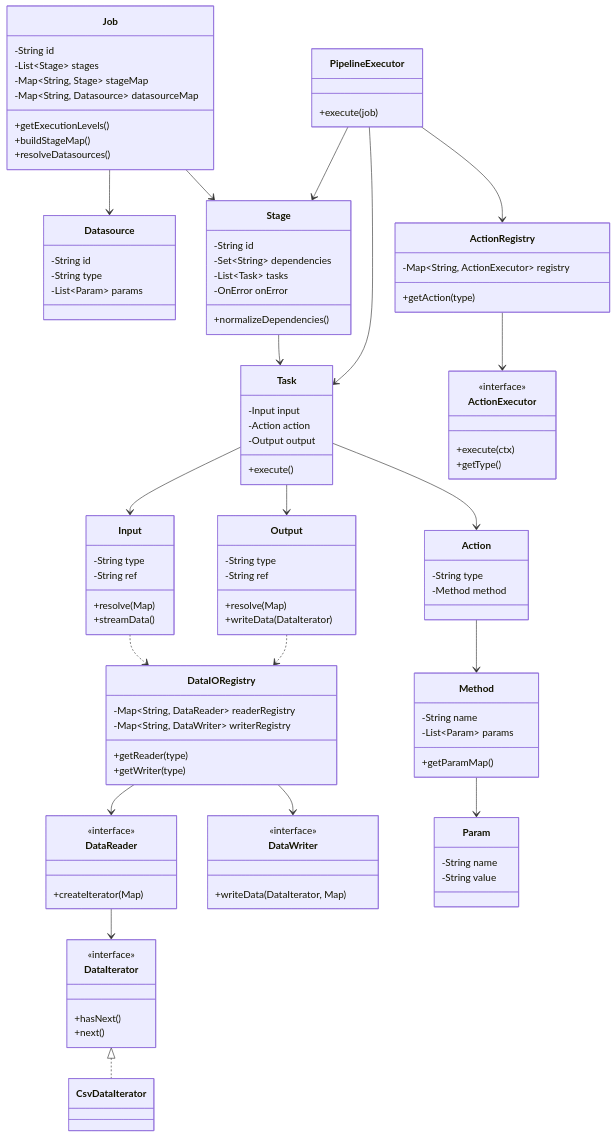
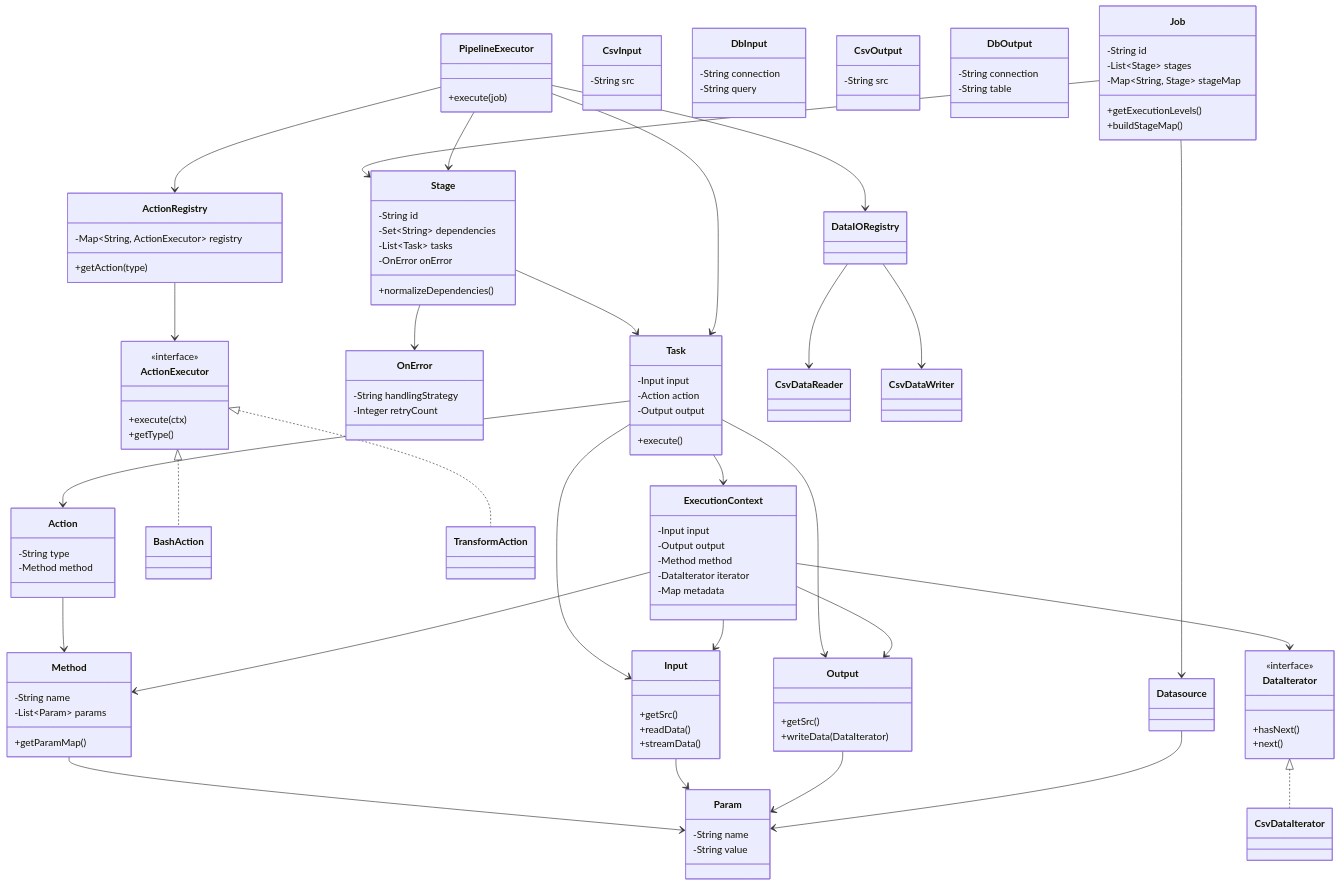
Before and after one commit to Rohitangshu2026/data-pipeline-framework: the third of 3 diagrams in README.md, drawn with Mermaid. The commit also changed other lines of this file, not shown here.

````diff
--- a/README.md
+++ b/README.md
@@ -180,16 +302,8 @@
   -String id
   -List~Stage~ stages
   -Map~String, Stage~ stageMap
-  -Map~String, Datasource~ datasourceMap
   +getExecutionLevels()
   +buildStageMap()
-  +resolveDatasources()
-}
-
-class Datasource {
-  -String id
-  -String type
-  -List~Param~ params
 }
 
 class Stage {
@@ -208,34 +322,28 @@
 }
 
 class Input {
-  -String type
-  -String ref
-  +resolve(Map)
+  +getSrc()
+  +readData()
   +streamData()
+}
+class CsvInput {
+  -String src
+}
+class DbInput {
+  -String connection
+  -String query
 }
 
 class Output {
-  -String type
-  -String ref
-  +resolve(Map)
+  +getSrc()
   +writeData(DataIterator)
 }
-
-class DataReader {
-  <<interface>>
-  +createIterator(Map)
+class CsvOutput {
+  -String src
 }
-
-class DataWriter {
-  <<interface>>
-  +writeData(DataIterator, Map)
-}
-
-class DataIORegistry {
-  -Map~String, DataReader~ readerRegistry
-  -Map~String, DataWriter~ writerRegistry
-  +getReader(type)
-  +getWriter(type)
+class DbOutput {
+  -String connection
+  -String table
 }
 
 class DataIterator {
@@ -263,11 +371,19 @@
   -String value
 }
 
+class OnError {
+  -String handlingStrategy
+  -Integer retryCount
+}
+
 class ActionExecutor {
   <<interface>>
   +execute(ctx)
   +getType()
 }
+
+class BashAction
+class TransformAction
 
 class ActionRegistry {
   -Map~String, ActionExecutor~ registry
@@ -278,25 +394,43 @@
   +execute(job)
 }
 
+class ExecutionContext {
+  -Input input
+  -Output output
+  -Method method
+  -DataIterator iterator
+  -Map metadata
+}
+
 %% Relationships
 Job --> Stage
 Job --> Datasource
 Stage --> Task
+Stage --> OnError
 Task --> Input
 Task --> Output
 Task --> Action
 
-Input ..> DataIORegistry
-Output ..> DataIORegistry
-DataIORegistry --> DataReader
-DataIORegistry --> DataWriter
-DataReader --> DataIterator
-
 Action --> Method
 Method --> Param
+Input --> Param
+Output --> Param
+Datasource --> Param
+
+Task --> ExecutionContext
+ExecutionContext --> Method
+ExecutionContext --> Input
+ExecutionContext --> Output
+ExecutionContext --> DataIterator
+
+ActionExecutor <|.. BashAction
+ActionExecutor <|.. TransformAction
 
 ActionRegistry --> ActionExecutor
+DataIORegistry --> CsvDataReader
+DataIORegistry --> CsvDataWriter
 PipelineExecutor --> Stage
 PipelineExecutor --> Task
 PipelineExecutor --> ActionRegistry
+PipelineExecutor --> DataIORegistry
 ```
````
